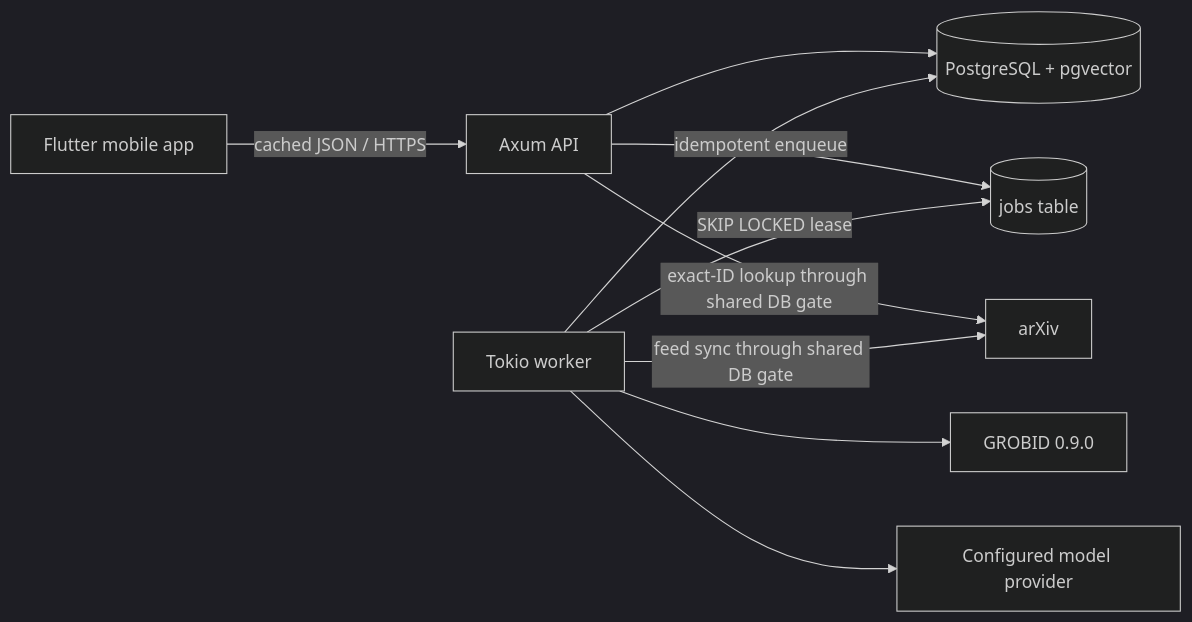
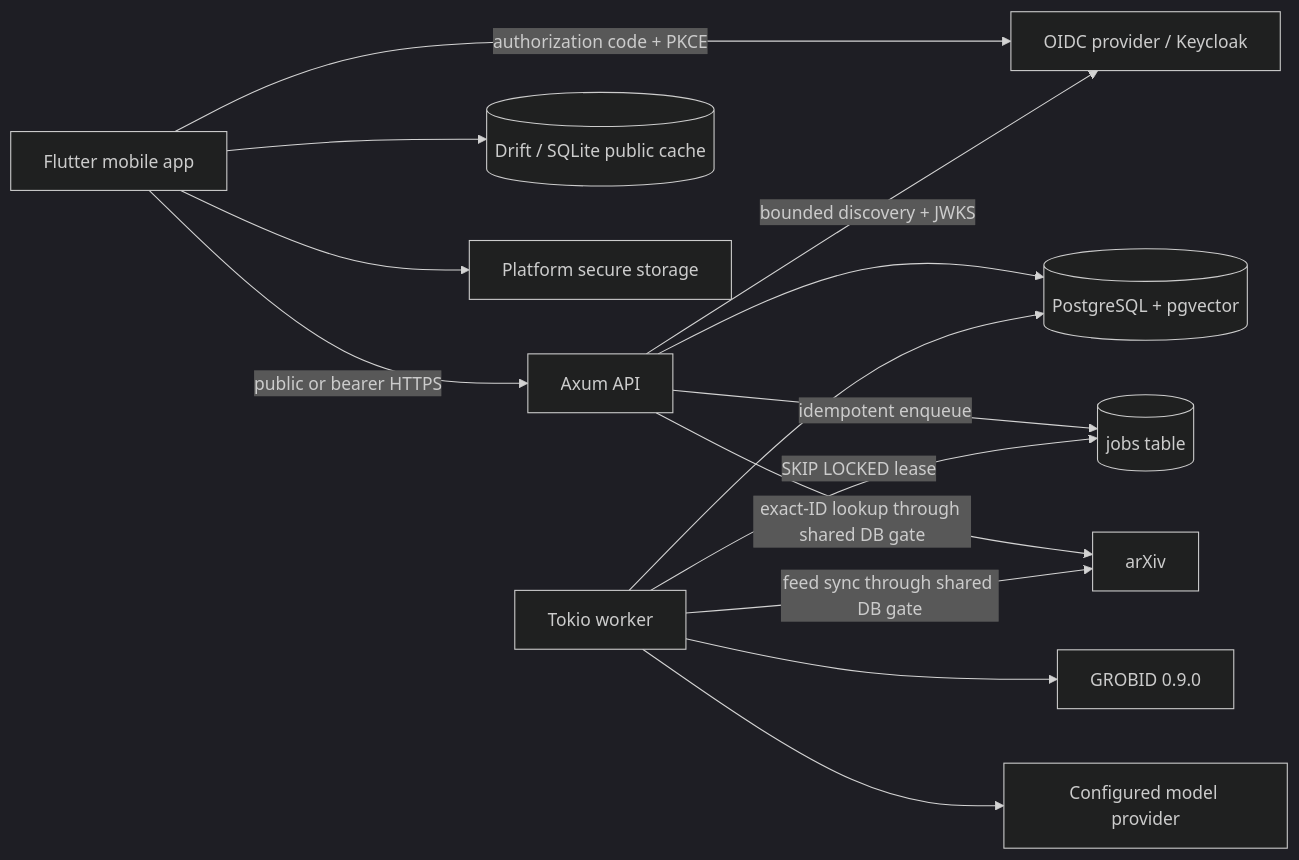
Before and after one commit to ErrDivine/PakPerk: the diagram in docs/architecture.md, drawn with Mermaid (dark theme). The commit also changed other lines of this file and 113 other files, not shown here.

````diff
--- a/docs/architecture.md
+++ b/docs/architecture.md
@@ -30,12 +33,16 @@
 ```mermaid
 flowchart LR
-  M["Flutter mobile app"] -->|"cached JSON / HTTPS"| A["Axum API"]
+  M["Flutter mobile app"] -->|"public or bearer HTTPS"| A["Axum API"]
+  M -->|"authorization code + PKCE"| I["OIDC provider / Keycloak"]
+  A -->|"bounded discovery + JWKS"| I
+  M --> D[("Drift / SQLite public cache")]
+  M --> S["Platform secure storage"]
   A --> P[("PostgreSQL + pgvector")]
   A -->|"idempotent enqueue"| J[("jobs table")]
   W["Tokio worker"] -->|"SKIP LOCKED lease"| J
   A -->|"exact-ID lookup through shared DB gate"| X["arXiv"]
   W -->|"feed sync through shared DB gate"| X
   W --> G["GROBID 0.9.0"]
   W --> L["Configured model provider"]
   W --> P
 ```
````
